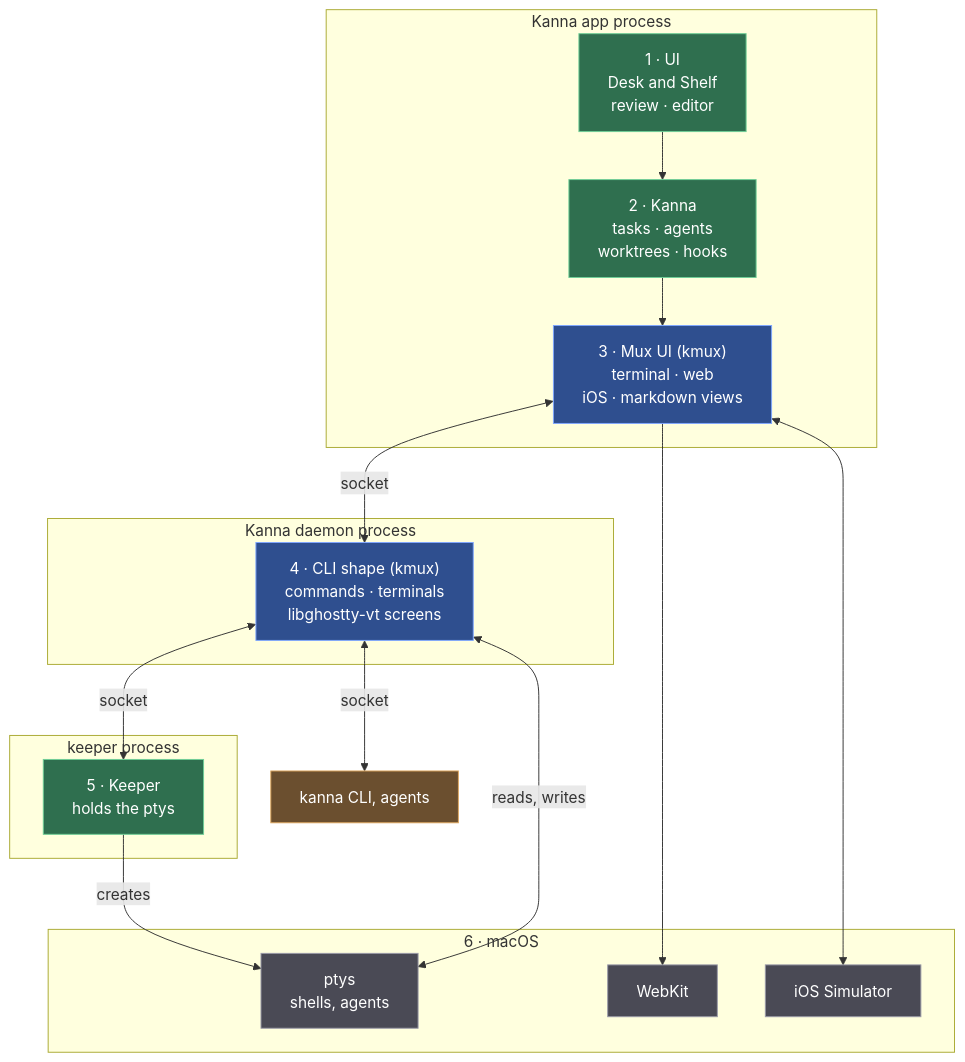
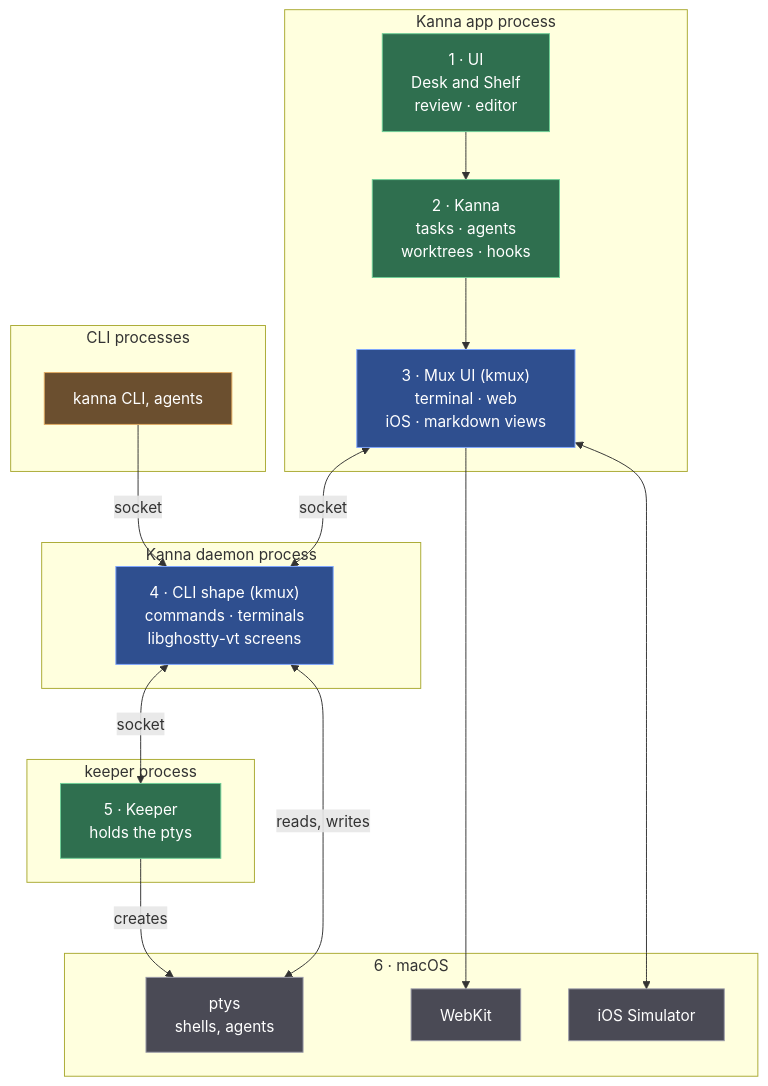
Before and after one commit to jemdiggity/kanna-v4: the first of 9 diagrams in docs/research/mux-architecture.md, drawn with Mermaid. The commit also changed other lines of this file, not shown here.

Commit message:
Mux architecture: the CLI is a client on top, not below the daemon

````diff
--- a/docs/research/mux-architecture.md
+++ b/docs/research/mux-architecture.md
@@ -45,36 +45,39 @@
 ```mermaid
 flowchart TB
+    subgraph CLIP["CLI processes"]
+        CLI["kanna CLI, agents"]
+    end
     subgraph APP["Kanna app process"]
         L1["1 · UI<br/>Desk and Shelf<br/>review · editor"]
         L2["2 · Kanna<br/>tasks · agents<br/>worktrees · hooks"]
         L3["3 · Mux UI (kmux)<br/>terminal · web<br/>iOS · markdown views"]
         L1 --> L2 --> L3
     end
     subgraph DAEMON["Kanna daemon process"]
         L4["4 · CLI shape (kmux)<br/>commands · terminals<br/>libghostty-vt screens"]
     end
     subgraph KEEPER["keeper process"]
         L5["5 · Keeper<br/>holds the ptys"]
     end
     subgraph OS["6 · macOS"]
         PTY["ptys<br/>shells, agents"]
         WK["WebKit"]
         SIM["iOS Simulator"]
     end
-    L4 <-->|"socket"| CLI["kanna CLI, agents"]
+    CLI -->|"socket"| L4
     L3 <-->|"socket"| L4
     L4 <-->|"socket"| L5
     L5 -->|"creates"| PTY
     L4 <-->|"reads, writes"| PTY
     L3 --> WK
     L3 <--> SIM
     classDef kanna fill:#2f6f4f,stroke:#6fcf97,color:#ffffff
     classDef kmux fill:#2f4f8f,stroke:#7fa7ff,color:#ffffff
     classDef kmuxapp fill:#4f3f7f,stroke:#b39cff,color:#ffffff
     classDef os fill:#4a4a55,stroke:#9a9aa8,color:#ffffff
     classDef ext fill:#6b4f2f,stroke:#e0a960,color:#ffffff
     class L1,L2,L5 kanna
     class L3,L4 kmux
     class PTY,WK,SIM os
     class CLI ext
 ```
````
